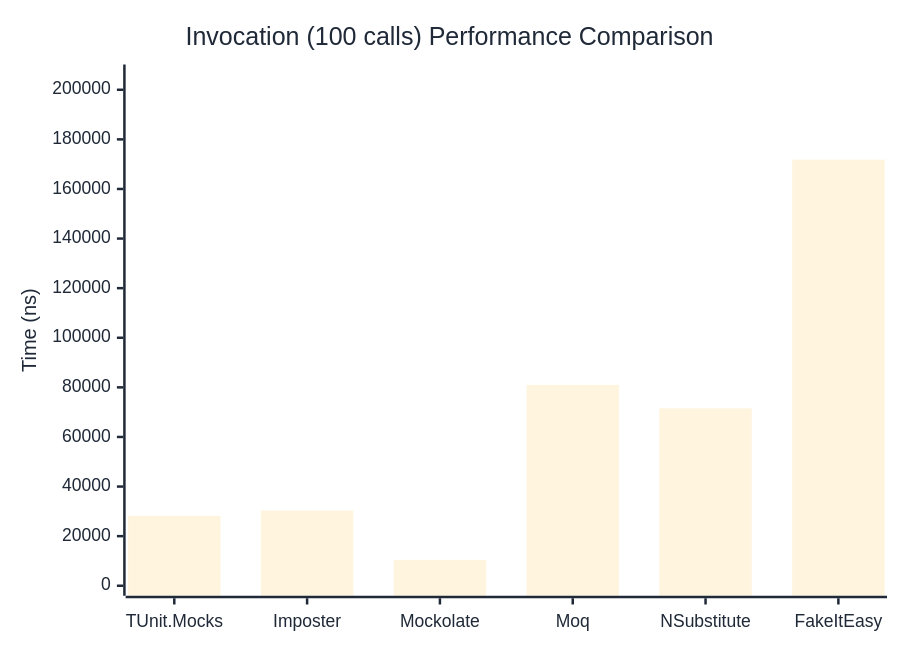
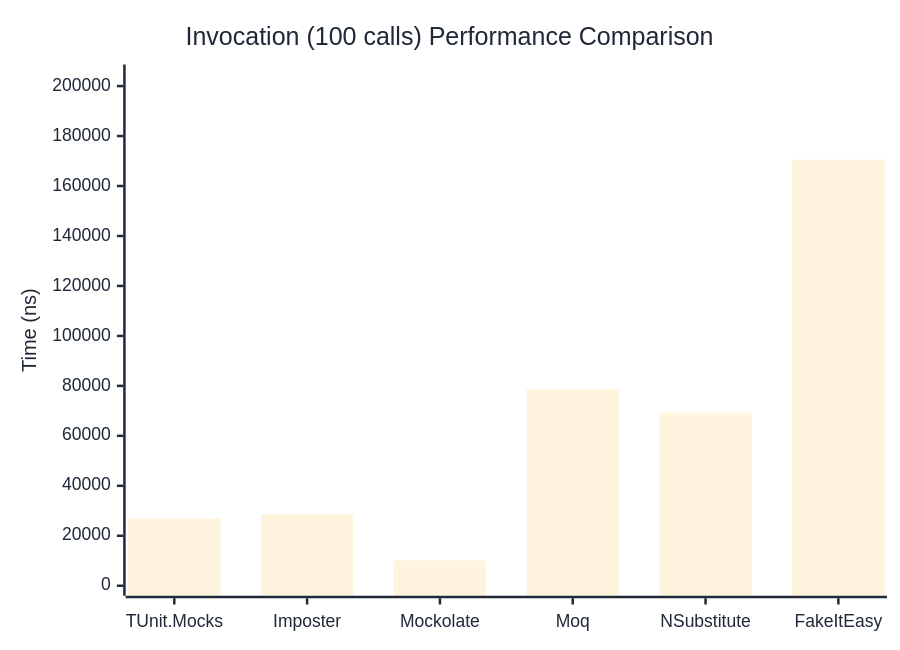
One commit to thomhurst/TUnit changed the third of 3 diagrams in docs/docs/benchmarks/mocks/Invocation.md. Above: the diagram before and after it, drawn with Mermaid. The commit also changed other lines of this file and 14 other files, not shown here.

````diff
--- a/docs/docs/benchmarks/mocks/Invocation.md
+++ b/docs/docs/benchmarks/mocks/Invocation.md
@@ -112,27 +112,27 @@
 ```mermaid
 %%{init: {
   'theme':'base',
   'themeVariables': {
     'primaryColor': '#2563eb',
     'primaryTextColor': '#1f2937',
     'primaryBorderColor': '#1e40af',
     'lineColor': '#6b7280',
     'secondaryColor': '#7c3aed',
     'tertiaryColor': '#dc2626',
     'background': '#ffffff',
     'pie1': '#2563eb',
     'pie2': '#7c3aed',
     'pie3': '#dc2626',
     'pie4': '#f59e0b',
     'pie5': '#10b981',
     'pie6': '#06b6d4',
     'pie7': '#ec4899',
     'pie8': '#6366f1'
   }
 }}%%
 xychart-beta
   title "Invocation (100 calls) Performance Comparison"
   x-axis ["TUnit.Mocks", "Imposter", "Mockolate", "Moq", "NSubstitute", "FakeItEasy"]
-  y-axis "Time (ns)" 0 --> 206158
-  bar [28191.63, 30344.16, 10439.8, 80994.18, 71527.35, 171798.14]
+  y-axis "Time (ns)" 0 --> 204637
+  bar [26953.44, 28649.75, 10090.5, 78753.53, 69309.45, 170530.15]
 ```
````
